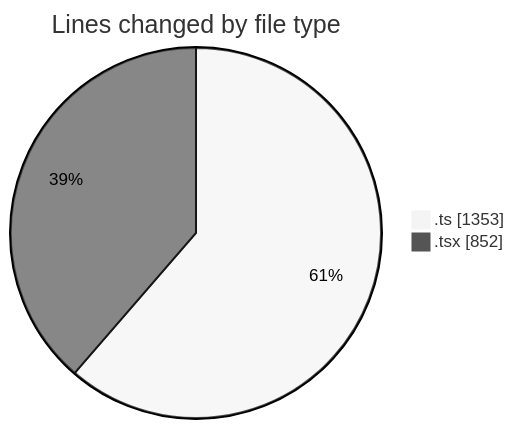
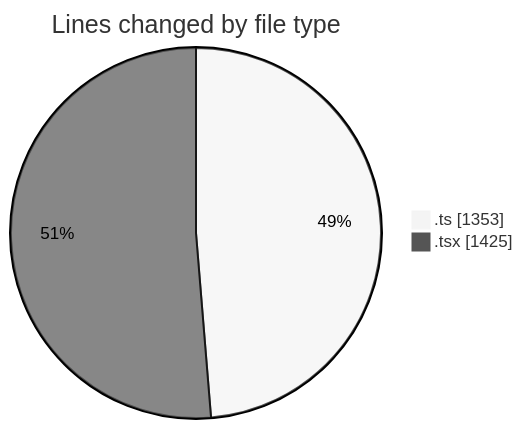
The first of 2 diagrams in 2026-03-12/nxtqube_webapp/README.md (nxtqubesakshisongat/code-tracking), drawn with Mermaid (neutral theme) before and after one commit. The commit also changed other lines of this file and 1 other file, not shown here.

````diff
--- a/2026-03-12/nxtqube_webapp/README.md
+++ b/2026-03-12/nxtqube_webapp/README.md
@@ -27,6 +28,6 @@
 ```mermaid
 pie showData
 title Lines changed by file type
 ".ts" : 1353
-".tsx" : 852
+".tsx" : 1425
 ```
````
